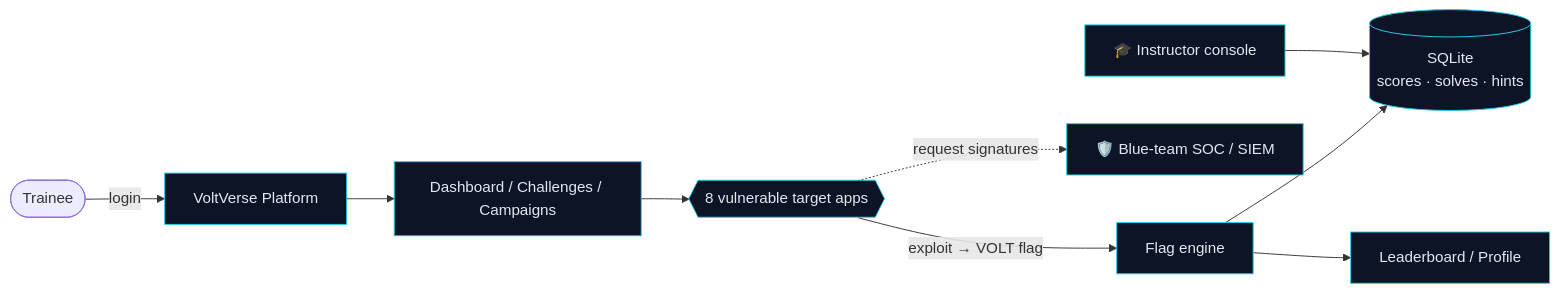
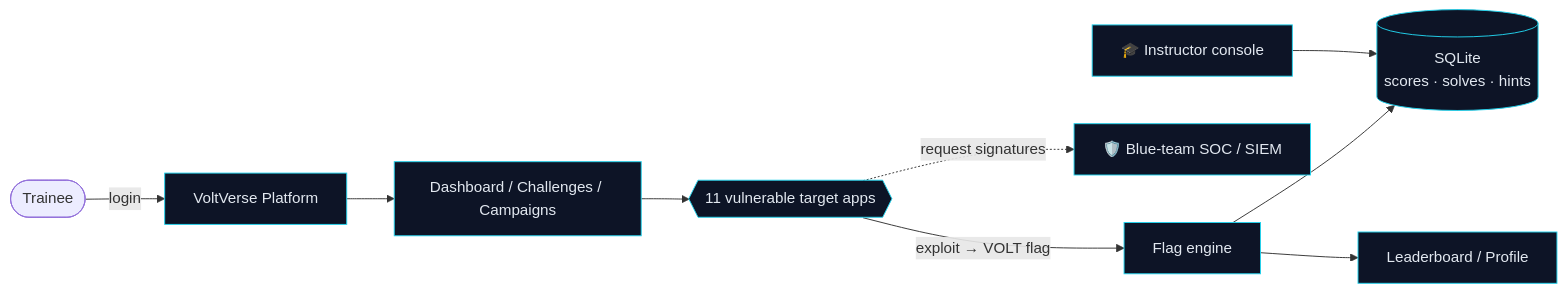
The diagram in README.md (ghostbit11/voltverse-lab), drawn with Mermaid before and after one commit. The commit also changed other lines of this file and 16 other files, not shown here.

Commit message:
Add 3 new target apps (GraphQL, OAuth SSO, deserialization = 6 challenges, now 48), daily challenge, day-streaks, downloadable PDF certificate, CONTRIBUTING.md + auto-generated CHALLENGES.md

````diff
--- a/README.md
+++ b/README.md
@@ -68,13 +73,13 @@
 ```mermaid
 flowchart LR
     U([Trainee]) -->|login| P[VoltVerse Platform]
     P --> D[Dashboard / Challenges / Campaigns]
-    D --> T{{8 vulnerable target apps}}
+    D --> T{{11 vulnerable target apps}}
     T -->|exploit → VOLT flag| F[Flag engine]
     F --> S[(SQLite<br/>scores · solves · hints)]
     F --> L[Leaderboard / Profile]
     T -.request signatures.-> SOC[🛡️ Blue-team SOC / SIEM]
     I[🎓 Instructor console] --> S
     classDef c fill:#0d1426,stroke:#22d3ee,color:#e2e8f0;
     class P,D,T,F,S,L,SOC,I c;
 ```
````
